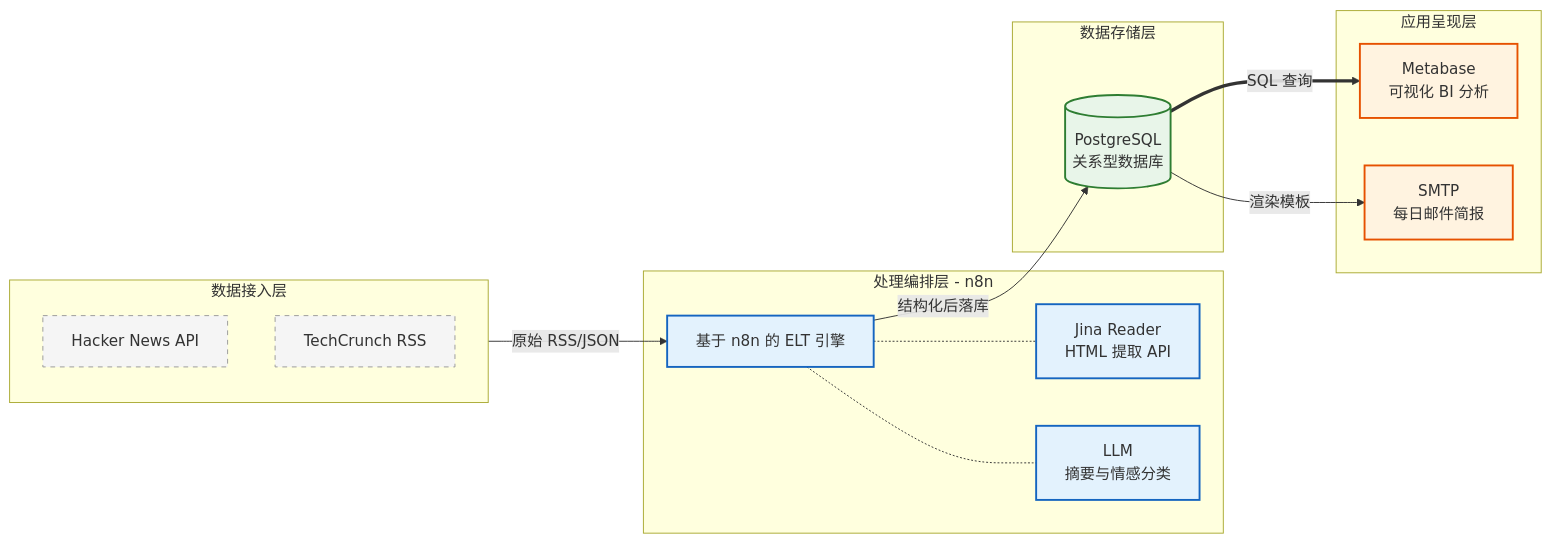
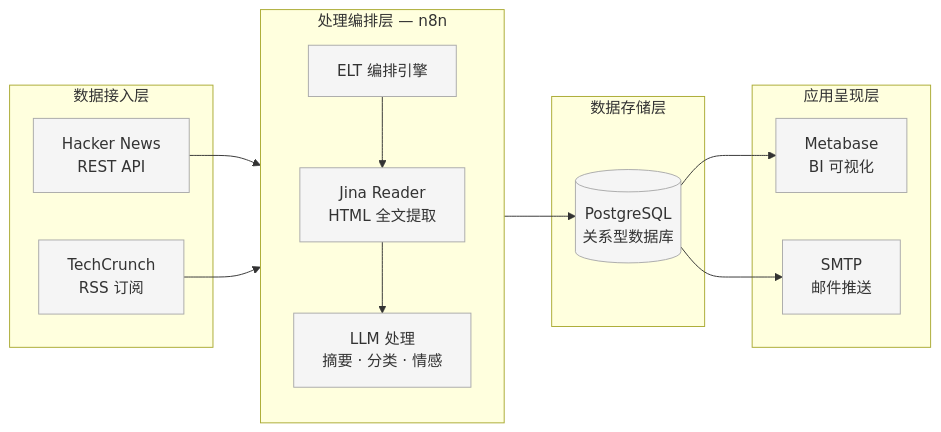
One commit to Trainingdlu/TechNews_Intelligence changed the diagram in README.md. Above: the diagram before and after it, drawn with Mermaid.

````diff
--- a/README.md
+++ b/README.md
@@ -16,46 +16,33 @@
 ```mermaid
 flowchart LR
-    %% Data Sources
     subgraph Sources [数据接入层]
-        HN[Hacker News API]
-        TC[TechCrunch RSS]
+        HN[Hacker News<br/>REST API]
+        TC[TechCrunch<br/>RSS 订阅]
     end
 
-    %% ELT Pipeline
-    subgraph Pipeline [处理编排层 - n8n]
-        N8N[基于 n8n 的 ELT 引擎]
-        JINA[Jina Reader <br/> HTML 提取 API]
-        LLM[LLM <br/> 摘要与情感分类]
-        
-        N8N -.- JINA
-        N8N -.- LLM
+    subgraph Pipeline [处理编排层 — n8n]
+        direction TB
+        ELT[ELT 编排引擎]
+        JINA[Jina Reader<br/>HTML 全文提取]
+        LLM[LLM 处理<br/>摘要 · 分类 · 情感]
+        ELT --> JINA --> LLM
     end
 
-    %% Storage
     subgraph Storage [数据存储层]
-        PG[(PostgreSQL <br/> 关系型数据库)]
+        PG[(PostgreSQL<br/>关系型数据库)]
     end
 
-    %% Presentation Layer
-    subgraph Presentation [应用呈现层]
-        MB[Metabase <br/> 可视化 BI 分析]
-        Email[SMTP <br/> 每日邮件简报]
+    subgraph Apps [应用呈现层]
+        MB[Metabase<br/>BI 可视化]
+        SMTP[SMTP<br/>邮件推送]
     end
 
-    %% Data Flow Connections
-    Sources -->|原始 RSS/JSON| N8N
-    N8N -->|结构化后落库| PG
-    PG ==>|SQL 查询| MB
-    PG -->|渲染模板| Email
-    
-    %% Styling
-    classDef source fill:#f5f5f5,stroke:#999,stroke-width:1px,stroke-dasharray: 5 5;
-    classDef engine fill:#e3f2fd,stroke:#1565c0,stroke-width:2px;
-    classDef db fill:#e8f5e9,stroke:#2e7d32,stroke-width:2px;
-    classDef app fill:#fff3e0,stroke:#e65100,stroke-width:2px;
+    HN --> ELT
+    TC --> ELT
+    ELT --> PG
+    PG --> MB
+    PG --> SMTP
 
-    class HN,TC source;
-    class N8N,JINA,LLM engine;
-    class PG db;
-    class MB,Email app;
+    classDef default fill:#f5f5f5,stroke:#aaa,stroke-width:1px,color:#333
+    classDef container fill:#fafafa,stroke:#bbb
 ```
````
